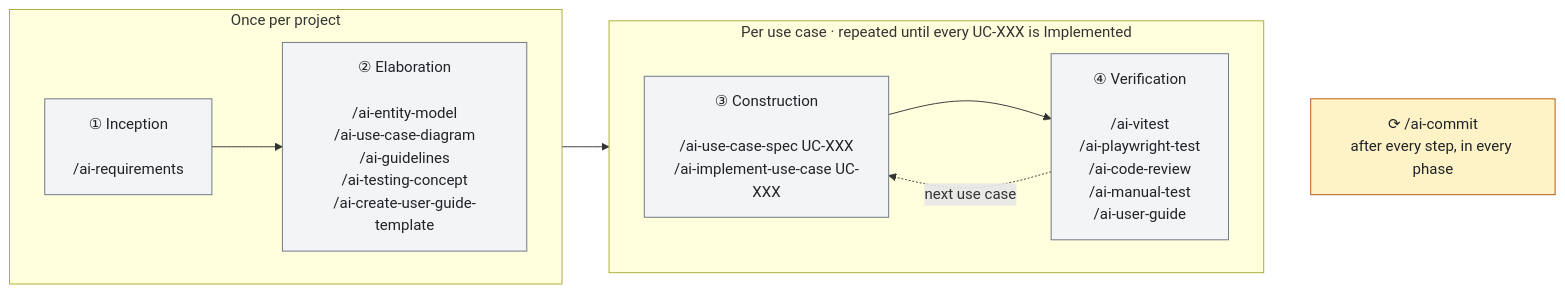
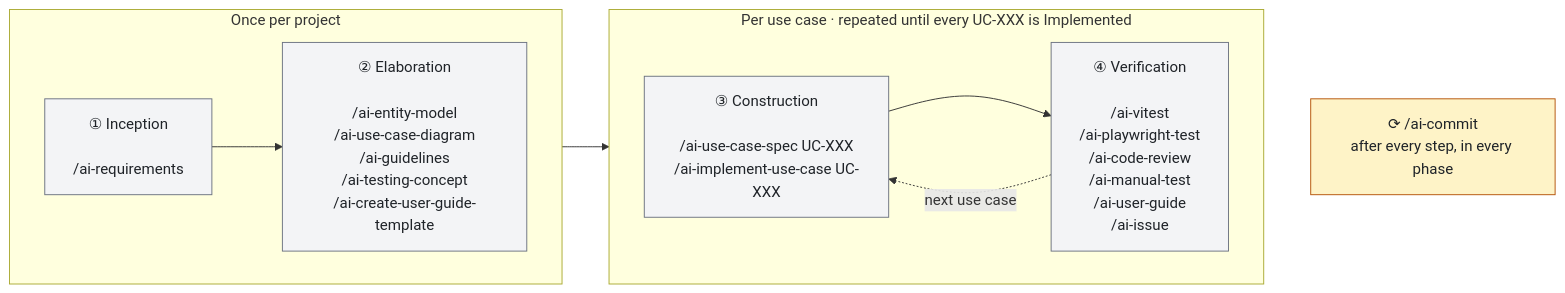
Before and after one commit to liitu-ch/liitu-ai-architect-marketplace: the first of 3 diagrams in README.md, drawn with Mermaid. The commit also changed other lines of this file and 1 other file, not shown here.

First line of the commit message:
docs: add the issue skill to the development workflow diagrams

````diff
--- a/README.md
+++ b/README.md
@@ -55,25 +57,25 @@
 ```mermaid
 flowchart LR
     subgraph once["Once per project"]
         direction LR
         P1["① Inception<br/><br/>/ai-requirements"]
         P2["② Elaboration<br/><br/>/ai-entity-model<br/>/ai-use-case-diagram<br/>/ai-guidelines<br/>/ai-testing-concept<br/>/ai-create-user-guide-template"]
         P1 --> P2
     end
 
     subgraph loop["Per use case · repeated until every UC-XXX is Implemented"]
         direction LR
         P3["③ Construction<br/><br/>/ai-use-case-spec UC-XXX<br/>/ai-implement-use-case UC-XXX"]
-        P4["④ Verification<br/><br/>/ai-vitest<br/>/ai-playwright-test<br/>/ai-code-review<br/>/ai-manual-test<br/>/ai-user-guide"]
+        P4["④ Verification<br/><br/>/ai-vitest<br/>/ai-playwright-test<br/>/ai-code-review<br/>/ai-manual-test<br/>/ai-user-guide<br/>/ai-issue"]
         P3 --> P4
         P4 -. "next use case" .-> P3
     end
 
     P2 --> P3
     P4 ~~~ commit["⟳ /ai-commit<br/>after every step, in every phase"]
 
     classDef phase fill:#f3f4f6,stroke:#6b7280,color:#1f2328
     classDef devtools fill:#fef3c7,stroke:#b45309,color:#1f2328
     class P1,P2,P3,P4 phase
     class commit devtools
 ```
````
